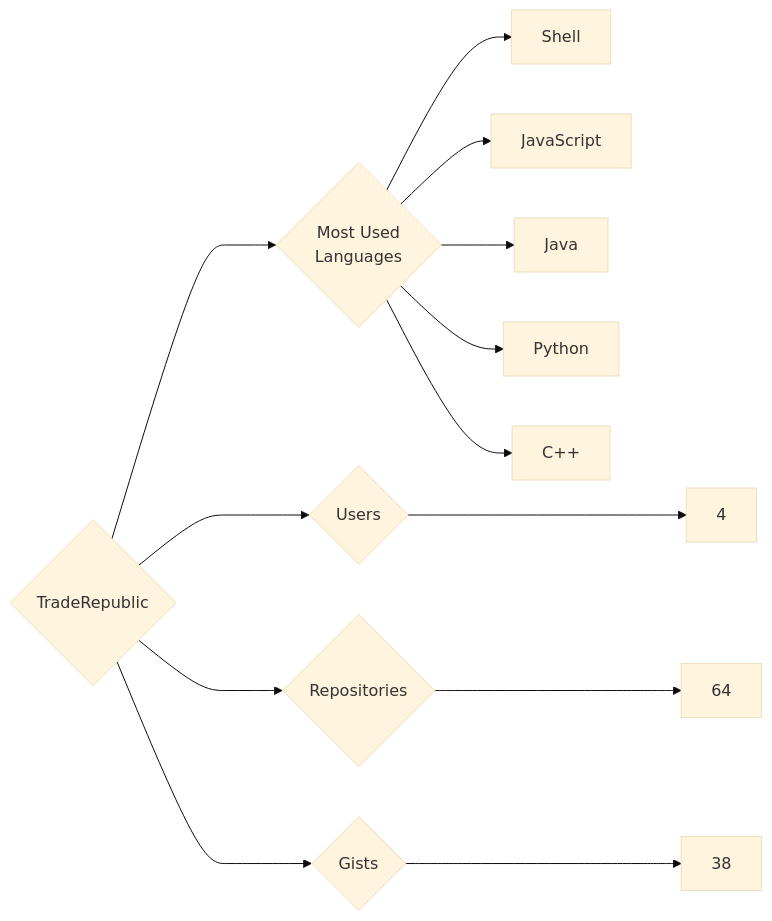
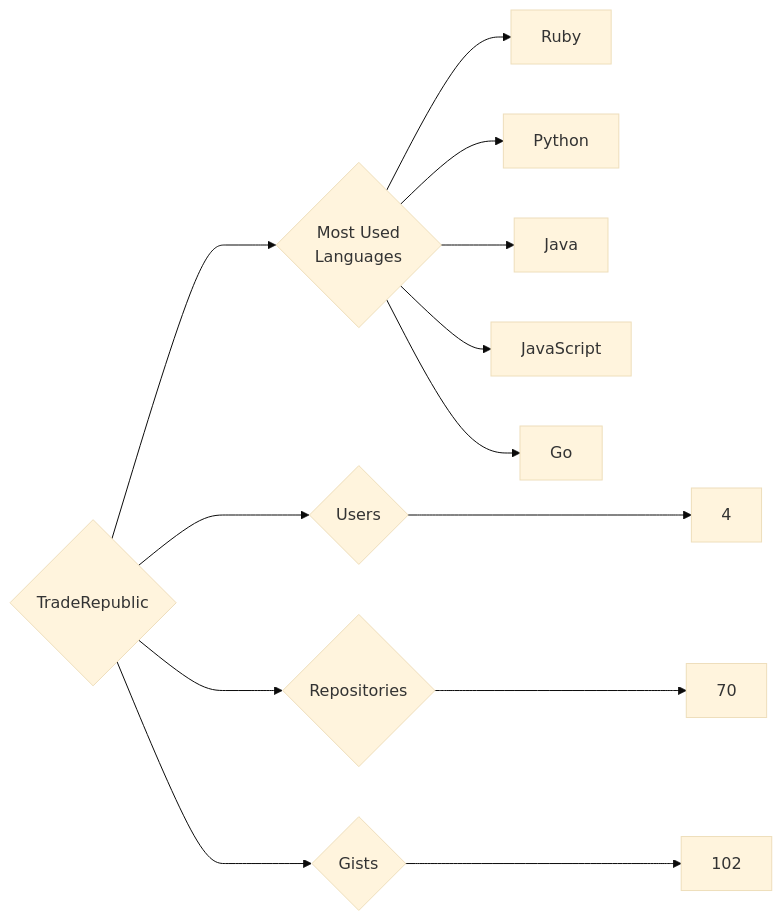
One commit to trickest/insiders changed the diagram in targets/TradeRepublic/README.md. Above: the diagram before and after it, drawn with Mermaid (base theme). The commit also changed 976 other files, not shown here.

````diff
--- a/targets/TradeRepublic/README.md
+++ b/targets/TradeRepublic/README.md
@@ -3,13 +3,13 @@
 ```mermaid
 graph LR
 COMPANY_NAME{TradeRepublic}
 COMPANY_NAME ---> U{Users} ---> UN[4]
-COMPANY_NAME ---> R{Repositories} ---> RN[64]
-COMPANY_NAME ---> G{Gists} ---> GN[38]
+COMPANY_NAME ---> R{Repositories} ---> RN[70]
+COMPANY_NAME ---> G{Gists} ---> GN[102]
 COMPANY_NAME ---> ML{Most Used<br>Languages}
-ML --> Shell[Shell]
+ML --> Ruby[Ruby]
+ML --> Python[Python]
+ML --> Java[Java]
 ML --> JavaScript[JavaScript]
-ML --> Java[Java]
-ML --> Python[Python]
-ML --> C++[C++]
+ML --> Go[Go]
 ```
````
